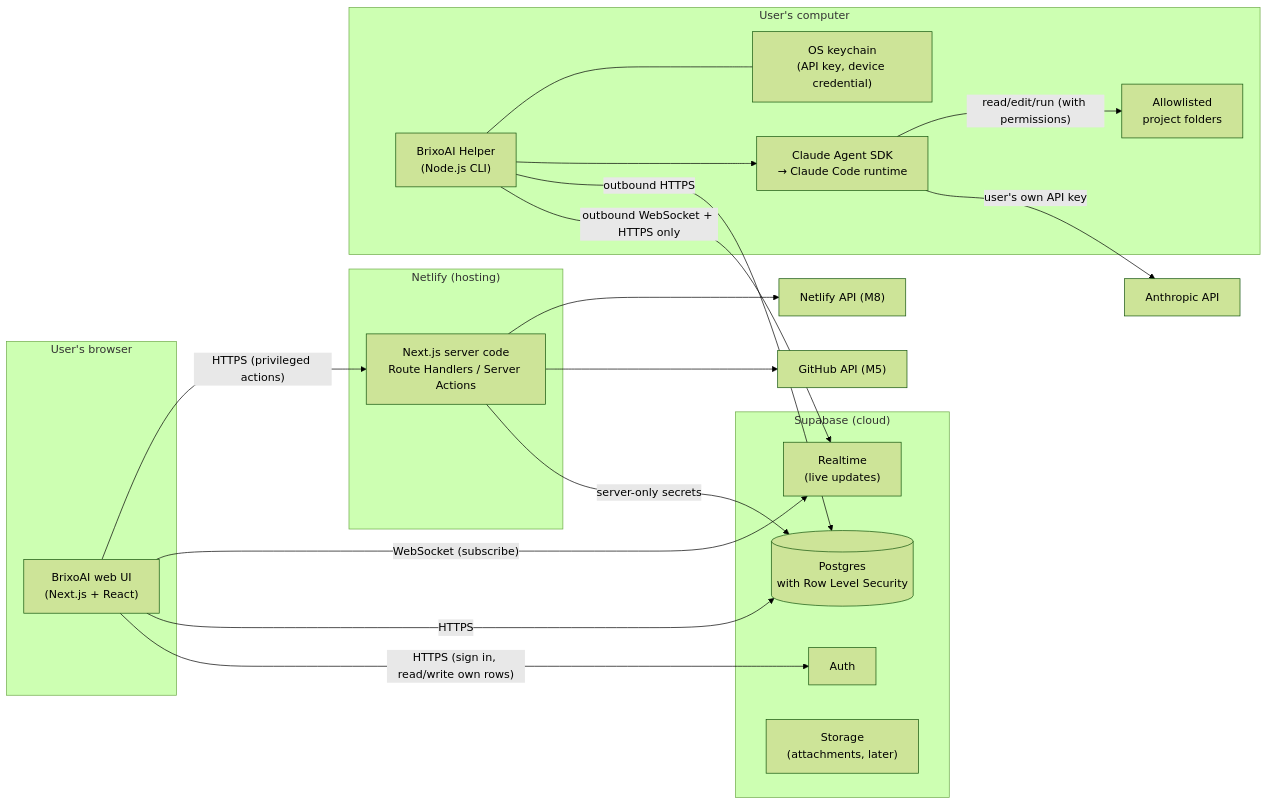
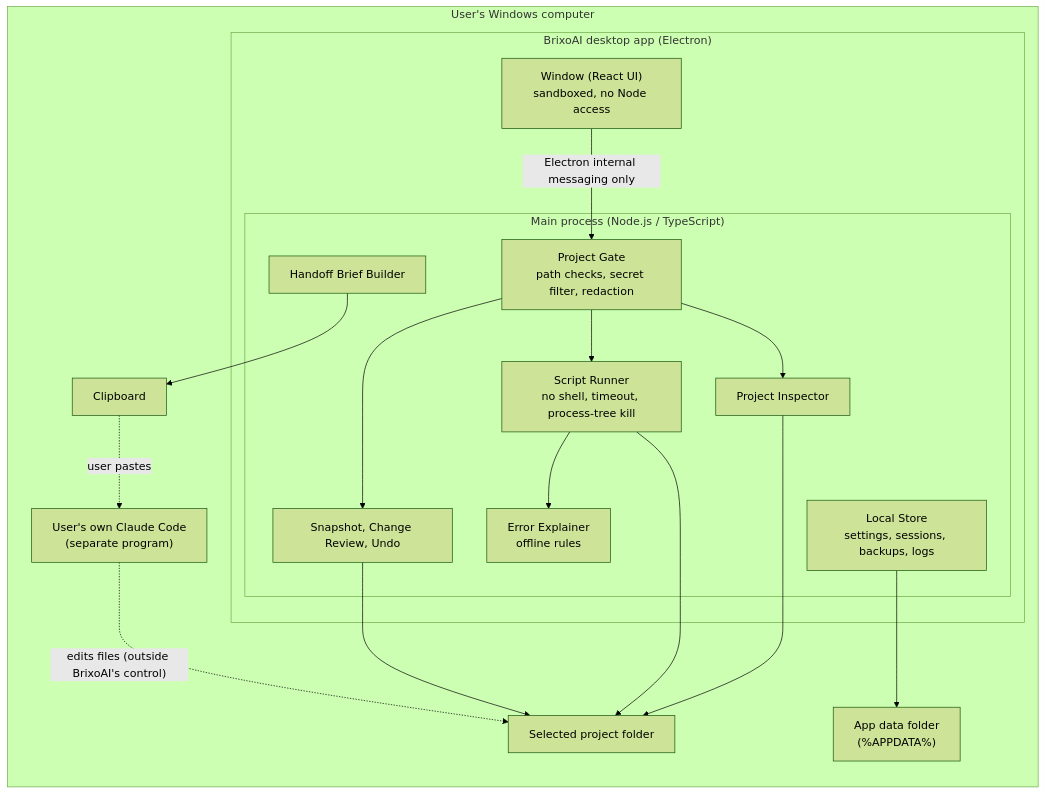
The first of 2 diagrams in docs/planning/ARCHITECTURE.md (The-enlit-dev/VibeHealAI), drawn with Mermaid (forest theme) before and after one commit. The commit also changed other lines of this file and 12 other files, not shown here.

````diff
--- a/docs/planning/ARCHITECTURE.md
+++ b/docs/planning/ARCHITECTURE.md
@@ -22,43 +20,34 @@
 ```mermaid
 flowchart LR
-  subgraph Browser["User's browser"]
-    UI["BrixoAI web UI<br/>(Next.js + React)"]
+  subgraph PC["User's Windows computer"]
+    subgraph App["BrixoAI desktop app (Electron)"]
+      UI["Window (React UI)<br/>sandboxed, no Node access"]
+      subgraph Main["Main process (Node.js / TypeScript)"]
+        GATE["Project Gate<br/>path checks, secret filter, redaction"]
+        INSPECT["Project Inspector"]
+        RUN["Script Runner<br/>no shell, timeout, process-tree kill"]
+        EXPLAIN["Error Explainer<br/>offline rules"]
+        SNAP["Snapshot, Change Review, Undo"]
+        BRIEF["Handoff Brief Builder"]
+        STORE["Local Store<br/>settings, sessions, backups, logs"]
+      end
+    end
+    PROJECT["Selected project folder"]
+    DATA["App data folder<br/>(%APPDATA%)"]
+    CLIP["Clipboard"]
+    EXTAI["User's own Claude Code<br/>(separate program)"]
   end
 
-  subgraph Netlify["Netlify (hosting)"]
-    SSR["Next.js server code<br/>Route Handlers / Server Actions"]
-  end
-
-  subgraph Supabase["Supabase (cloud)"]
-    AUTH["Auth"]
-    DB[("Postgres<br/>with Row Level Security")]
-    RT["Realtime<br/>(live updates)"]
-    ST["Storage<br/>(attachments, later)"]
-  end
-
-  subgraph Machine["User's computer"]
-    HELPER["BrixoAI Helper<br/>(Node.js CLI)"]
-    SDK["Claude Agent SDK<br/>→ Claude Code runtime"]
-    FOLDERS["Allowlisted<br/>project folders"]
-    KEYCHAIN["OS keychain<br/>(API key, device credential)"]
-  end
-
-  ANTHROPIC["Anthropic API"]
-  GITHUB["GitHub API (M5)"]
-  NETLIFYAPI["Netlify API (M8)"]
-
-  UI -- "HTTPS (sign in, read/write own rows)" --> AUTH
-  UI -- "HTTPS" --> DB
-  UI -- "WebSocket (subscribe)" --> RT
-  UI -- "HTTPS (privileged actions)" --> SSR
-  SSR -- "server-only secrets" --> DB
-  SSR --> GITHUB
-  SSR --> NETLIFYAPI
-
-  HELPER -- "outbound WebSocket + HTTPS only" --> RT
-  HELPER -- "outbound HTTPS" --> DB
-  HELPER --> SDK
-  SDK -- "user's own API key" --> ANTHROPIC
-  SDK -- "read/edit/run (with permissions)" --> FOLDERS
-  HELPER --- KEYCHAIN
+  UI -- "Electron internal messaging only" --> GATE
+  GATE --> INSPECT
+  GATE --> RUN
+  GATE --> SNAP
+  INSPECT --> PROJECT
+  RUN --> PROJECT
+  SNAP --> PROJECT
+  RUN --> EXPLAIN
+  BRIEF --> CLIP
+  STORE --> DATA
+  CLIP -. "user pastes" .-> EXTAI
+  EXTAI -. "edits files (outside BrixoAI's control)" .-> PROJECT
 ```
````
